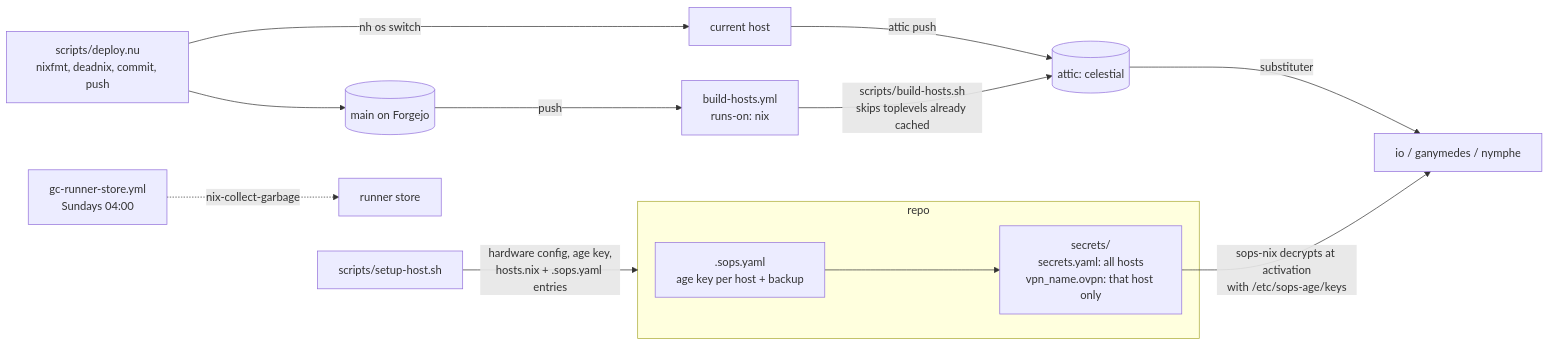
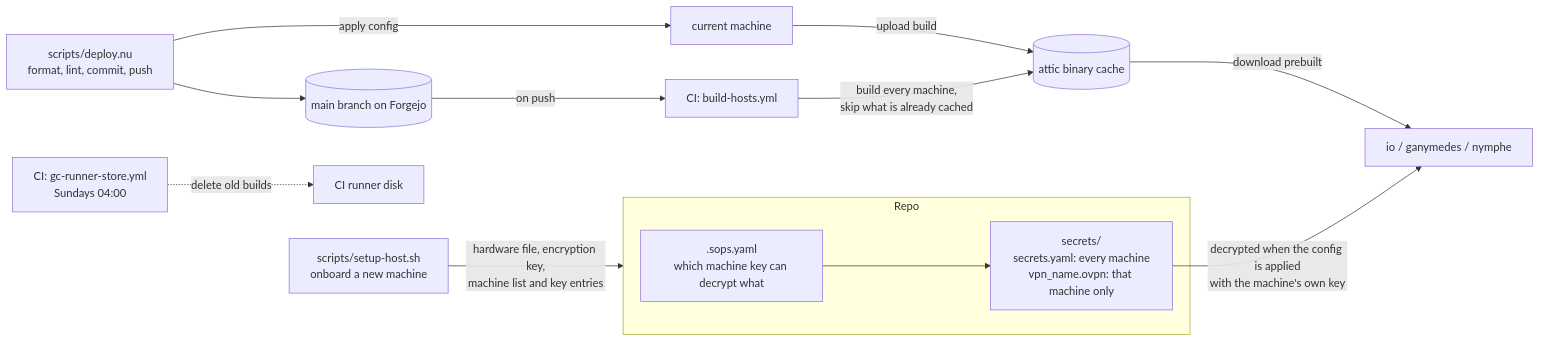
Before and after one commit to 68656c6c/celestial: the second of 2 diagrams in docs/structure.md, drawn with Mermaid. The commit also changed other lines of this file, not shown here.

Commit message:
make structure doc readable without nix knowledge

````diff
--- a/docs/structure.md
+++ b/docs/structure.md
@@ -119,21 +143,21 @@
 ```mermaid
 flowchart LR
-    subgraph repo[repo]
-        sopscfg[.sops.yaml<br/>age key per host + backup]
-        secrets[secrets/<br/>secrets.yaml: all hosts<br/>vpn_name.ovpn: that host only]
+    subgraph repo["Repo"]
+        sopscfg[".sops.yaml<br/>which machine key can decrypt what"]
+        secrets["secrets/<br/>secrets.yaml: every machine<br/>vpn_name.ovpn: that machine only"]
         sopscfg --> secrets
     end
 
-    setup[scripts/setup-host.sh] -->|"hardware config, age key,<br/>hosts.nix + .sops.yaml entries"| repo
+    setup["scripts/setup-host.sh<br/>onboard a new machine"] -->|"hardware file, encryption key,<br/>machine list and key entries"| repo
 
-    deploy[scripts/deploy.nu<br/>nixfmt, deadnix, commit, push] --> main[(main on Forgejo)]
-    deploy -->|"nh os switch"| local[current host]
-    local -->|"attic push"| attic[(attic: celestial)]
+    deploy["scripts/deploy.nu<br/>format, lint, commit, push"] --> main[("main branch on Forgejo")]
+    deploy -->|"apply config"| local["current machine"]
+    local -->|"upload build"| attic[("attic binary cache")]
 
-    main -->|"push"| ci[build-hosts.yml<br/>runs-on: nix]
-    ci -->|"scripts/build-hosts.sh<br/>skips toplevels already cached"| attic
-    gc[gc-runner-store.yml<br/>Sundays 04:00] -.->|"nix-collect-garbage"| runner[runner store]
+    main -->|"on push"| ci["CI: build-hosts.yml"]
+    ci -->|"build every machine,<br/>skip what is already cached"| attic
+    gc["CI: gc-runner-store.yml<br/>Sundays 04:00"] -.->|"delete old builds"| runner["CI runner disk"]
 
-    attic -->|"substituter"| hostsbox[io / ganymedes / nymphe]
-    secrets -->|"sops-nix decrypts at activation<br/>with /etc/sops-age/keys"| hostsbox
+    attic -->|"download prebuilt"| hostsbox["io / ganymedes / nymphe"]
+    secrets -->|"decrypted when the config is applied<br/>with the machine's own key"| hostsbox
 ```
````
